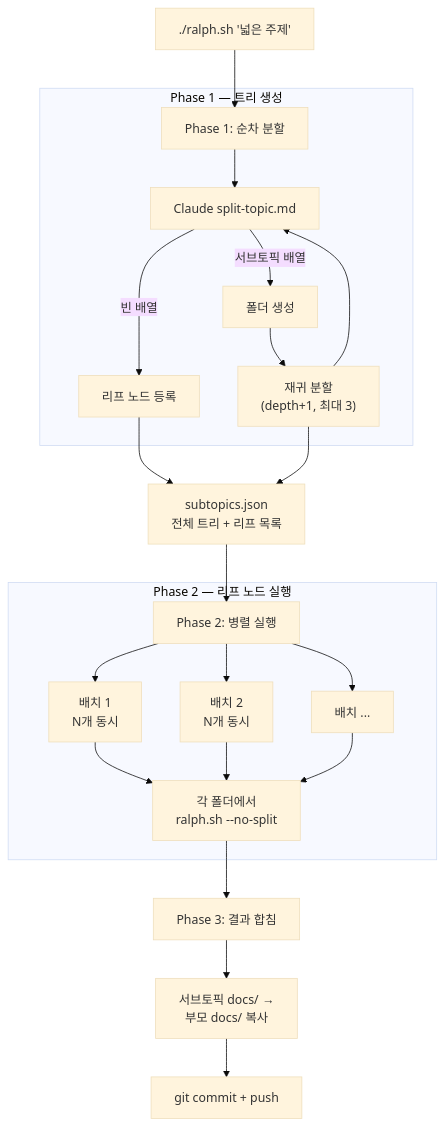
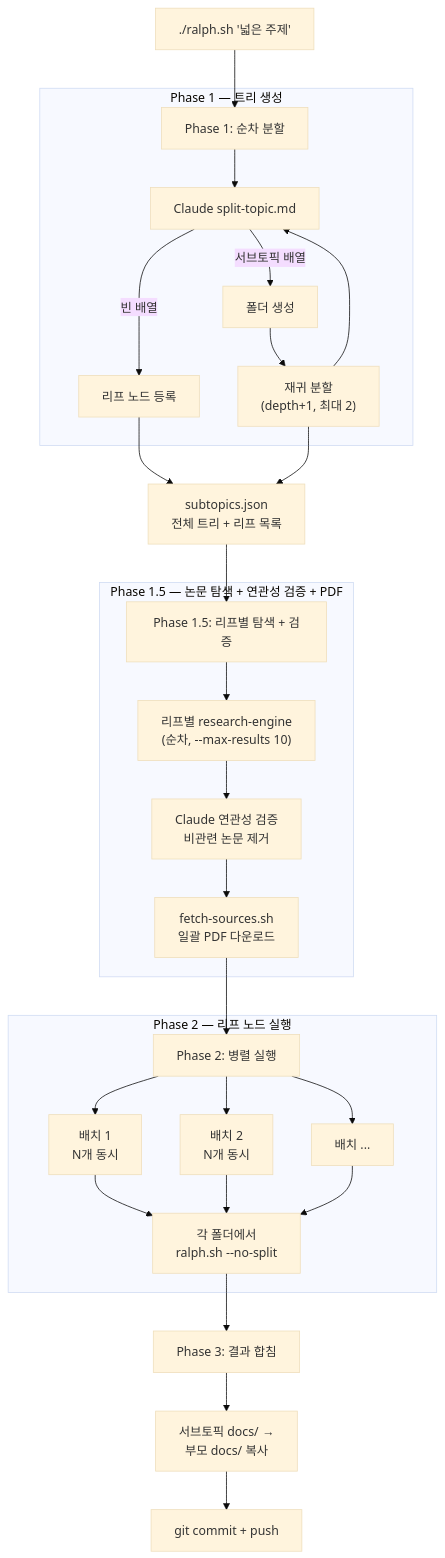
One commit to dnjsduf/research-loop changed the third of 6 diagrams in CLAUDE.md. Above: the diagram before and after it, drawn with Mermaid (base theme). The commit also changed other lines of this file and 42 other files, not shown here.

First line of the commit message:
feat: recovery 래퍼 + 헬스체크 + 리밋 재시도 시스템, fetch-sources/detect-python 대폭 개선

````diff
--- a/CLAUDE.md
+++ b/CLAUDE.md
@@ -78,27 +78,34 @@
 ```mermaid
 flowchart TD
     T["./ralph.sh '넓은 주제'"] --> S1[Phase 1: 순차 분할]
 
     subgraph P1 ["Phase 1 — 트리 생성"]
         S1 --> CL1["Claude split-topic.md"]
         CL1 -->|"빈 배열"| LEAF1[리프 노드 등록]
         CL1 -->|"서브토픽 배열"| FOLD[폴더 생성]
-        FOLD --> REC["재귀 분할<br/>(depth+1, 최대 3)"]
+        FOLD --> REC["재귀 분할<br/>(depth+1, 최대 2)"]
         REC --> CL1
     end
 
     LEAF1 --> ST["subtopics.json<br/>전체 트리 + 리프 목록"]
     REC --> ST
 
-    ST --> P2[Phase 2: 병렬 실행]
+    ST --> P15[Phase 1.5: 리프별 탐색 + 검증]
+    subgraph P15S ["Phase 1.5 — 논문 탐색 + 연관성 검증 + PDF"]
+        P15 --> RE["리프별 research-engine<br/>(순차, --max-results 10)"]
+        RE --> RV["Claude 연관성 검증<br/>비관련 논문 제거"]
+        RV --> FE["fetch-sources.sh<br/>일괄 PDF 다운로드"]
+    end
+
+    FE --> P2[Phase 2: 병렬 실행]
     subgraph P2S ["Phase 2 — 리프 노드 실행"]
         P2 --> B1["배치 1<br/>N개 동시"]
         P2 --> B2["배치 2<br/>N개 동시"]
         P2 --> BN["배치 ..."]
         B1 & B2 & BN --> EACH["각 폴더에서<br/>ralph.sh --no-split"]
     end
 
     EACH --> P3[Phase 3: 결과 합침]
     P3 --> MERGE["서브토픽 docs/ →<br/>부모 docs/ 복사"]
     MERGE --> GIT[git commit + push]
 ```
````
